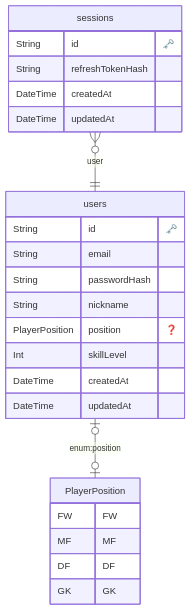
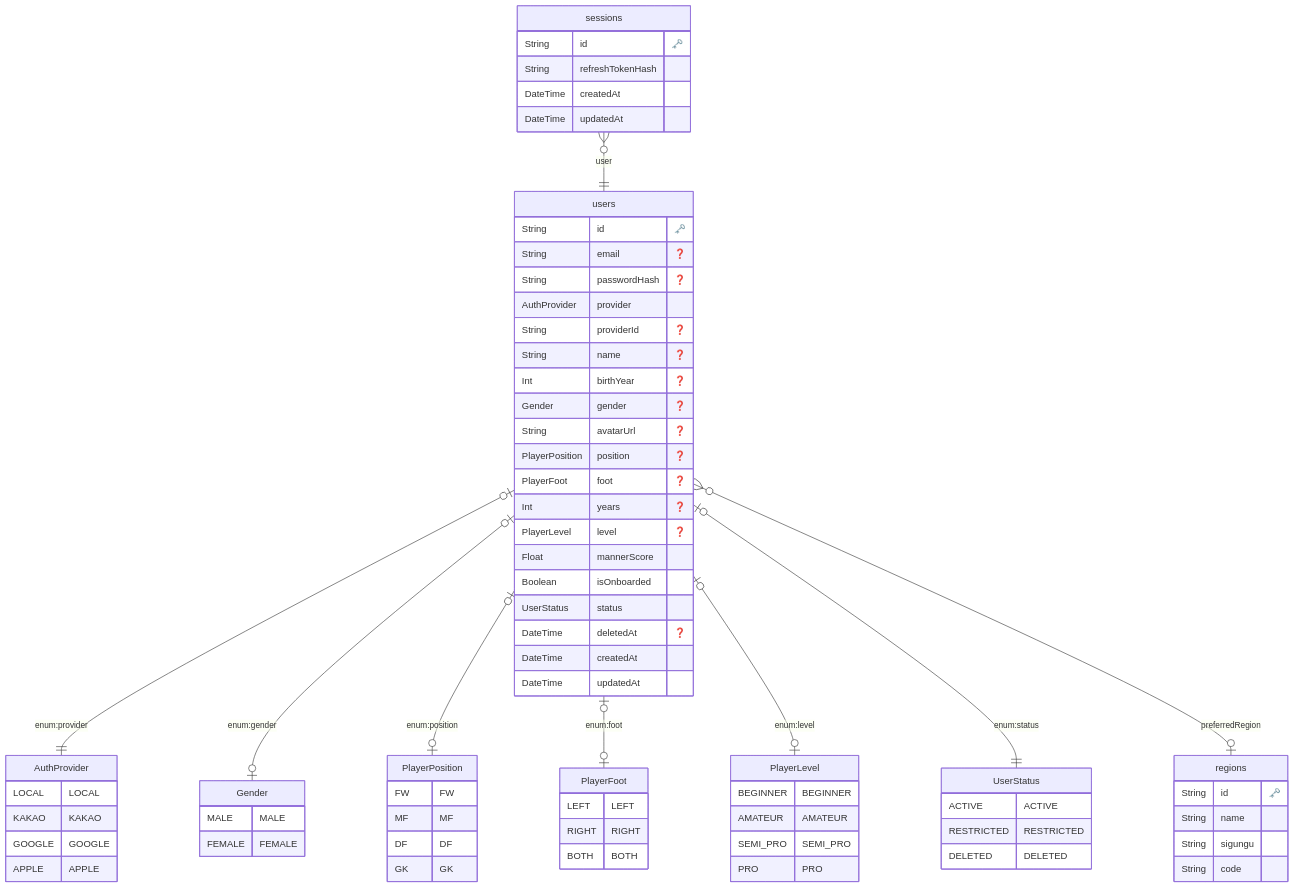
Before and after one commit to bookhabit/soccer-team-manage-service: the diagram in docs/schema-erd.md, drawn with Mermaid. The commit also changed 27 other files, not shown here.

````diff
--- a/docs/schema-erd.md
+++ b/docs/schema-erd.md
@@ -8,13 +8,65 @@
 GK GK
         }
     
+
+
+        AuthProvider {
+            LOCAL LOCAL
+KAKAO KAKAO
+GOOGLE GOOGLE
+APPLE APPLE
+        }
+    
+
+
+        PlayerFoot {
+            LEFT LEFT
+RIGHT RIGHT
+BOTH BOTH
+        }
+    
+
+
+        PlayerLevel {
+            BEGINNER BEGINNER
+AMATEUR AMATEUR
+SEMI_PRO SEMI_PRO
+PRO PRO
+        }
+    
+
+
+        Gender {
+            MALE MALE
+FEMALE FEMALE
+        }
+    
+
+
+        UserStatus {
+            ACTIVE ACTIVE
+RESTRICTED RESTRICTED
+DELETED DELETED
+        }
+    
   "users" {
     String id "🗝️"
-    String email 
-    String passwordHash 
-    String nickname 
+    String email "❓"
+    String passwordHash "❓"
+    AuthProvider provider 
+    String providerId "❓"
+    String name "❓"
+    Int birthYear "❓"
+    Gender gender "❓"
+    String avatarUrl "❓"
     PlayerPosition position "❓"
-    Int skillLevel 
+    PlayerFoot foot "❓"
+    Int years "❓"
+    PlayerLevel level "❓"
+    Float mannerScore 
+    Boolean isOnboarded 
+    UserStatus status 
+    DateTime deletedAt "❓"
     DateTime createdAt 
     DateTime updatedAt 
     }
@@ -27,6 +79,20 @@
     DateTime updatedAt 
     }
   
+
+  "regions" {
+    String id "🗝️"
+    String name 
+    String sigungu 
+    String code 
+    }
+  
+    "users" |o--|| "AuthProvider" : "enum:provider"
+    "users" |o--|o "Gender" : "enum:gender"
     "users" |o--|o "PlayerPosition" : "enum:position"
+    "users" |o--|o "PlayerFoot" : "enum:foot"
+    "users" |o--|o "PlayerLevel" : "enum:level"
+    "users" |o--|| "UserStatus" : "enum:status"
+    "users" }o--|o regions : "preferredRegion"
     "sessions" }o--|| users : "user"
 ```
````
